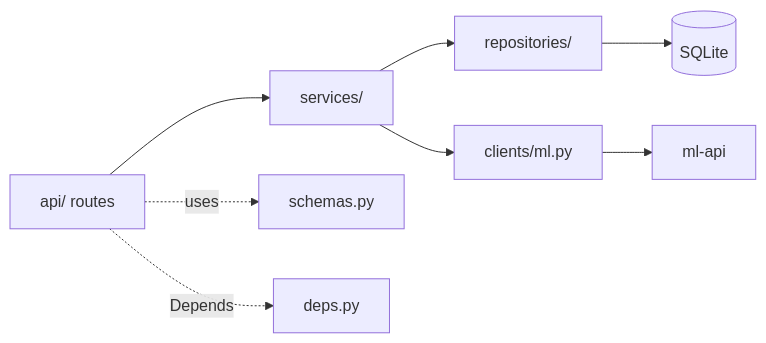
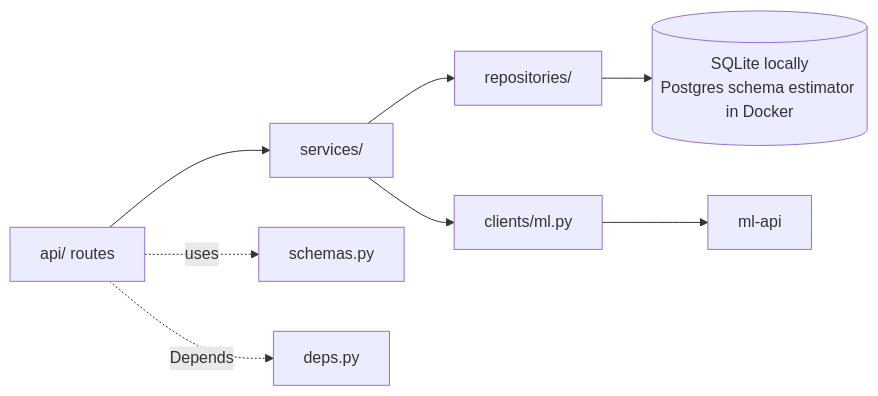
The first of 2 diagrams in estimator-api/ARCHITECTURE.md (Ekhrapykin/housing-prediction-portal), drawn with Mermaid before and after one commit. The commit also changed other lines of this file and 35 other files, not shown here.

First line of the commit message:
Move storage to Postgres with schema-per-service and share one dataset

````diff
--- a/estimator-api/ARCHITECTURE.md
+++ b/estimator-api/ARCHITECTURE.md
@@ -5,8 +5,8 @@
 ```mermaid
 flowchart LR
   R[api/ routes] --> S[services/]
-  S --> Repo[repositories/] --> DB[(SQLite)]
+  S --> Repo[repositories/] --> DB[(SQLite locally<br/>Postgres schema estimator in Docker)]
   S --> C[clients/ml.py] --> ML[ml-api]
   R -.uses.-> Sch[schemas.py]
   R -.Depends.-> D[deps.py]
 ```
````
